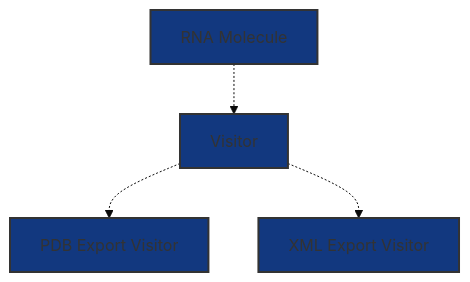
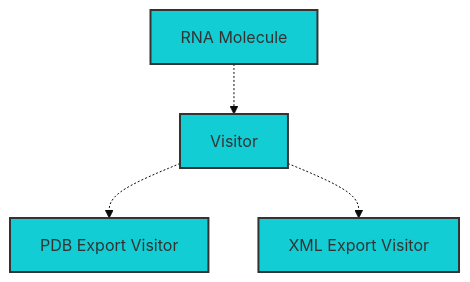
One commit to rna-oop/2425-m1-geniomhe-group-6 changed the diagram in lab3/README.md. Above: the diagram before and after it, drawn with Mermaid (base theme). The commit also changed other lines of this file and 10 other files, not shown here.

````diff
--- a/lab3/README.md
+++ b/lab3/README.md
@@ -812,10 +856,10 @@
 ```mermaid
 graph TD
     A[RNA Molecule] -.-> B[Visitor]
     B -.-> C[PDB Export Visitor]
     B -.-> D[XML Export Visitor]
-    style A fill:#12387F,stroke:#333,stroke-width:2px
-    style B fill:#12387F,stroke:#333,stroke-width:2px
-    style C fill:#12387F,stroke:#333,stroke-width:2px
-    style D fill:#12387F,stroke:#333,stroke-width:2px
+    style A fill:#12CDD4,stroke:#333,stroke-width:2px
+    style B fill:#12CDD4,stroke:#333,stroke-width:2px
+    style C fill:#12CDD4,stroke:#333,stroke-width:2px
+    style D fill:#12CDD4,stroke:#333,stroke-width:2px
 ```
````
